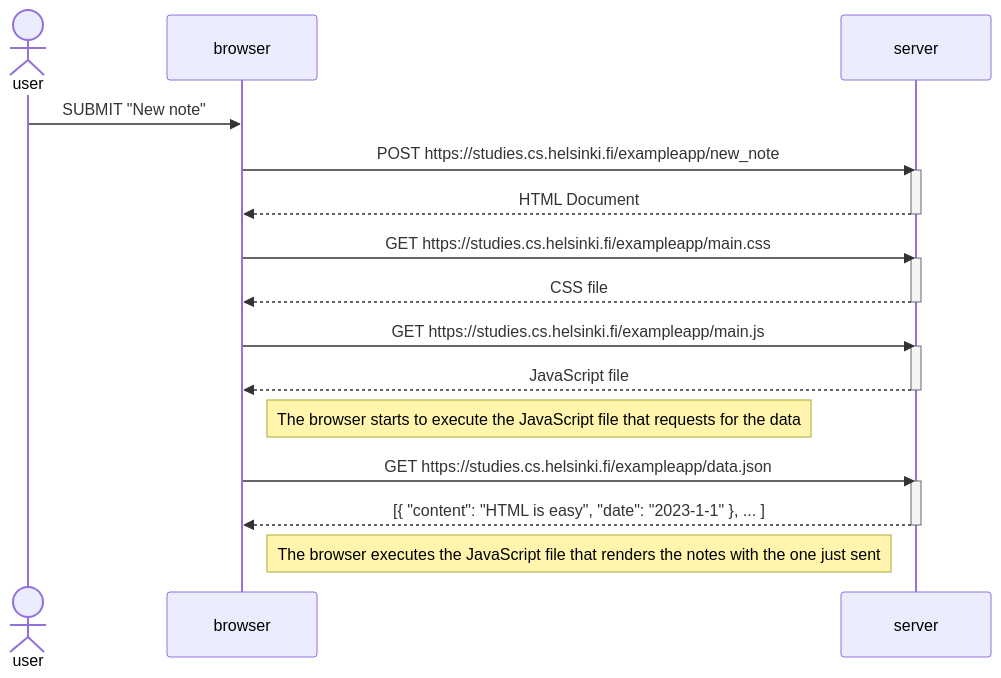
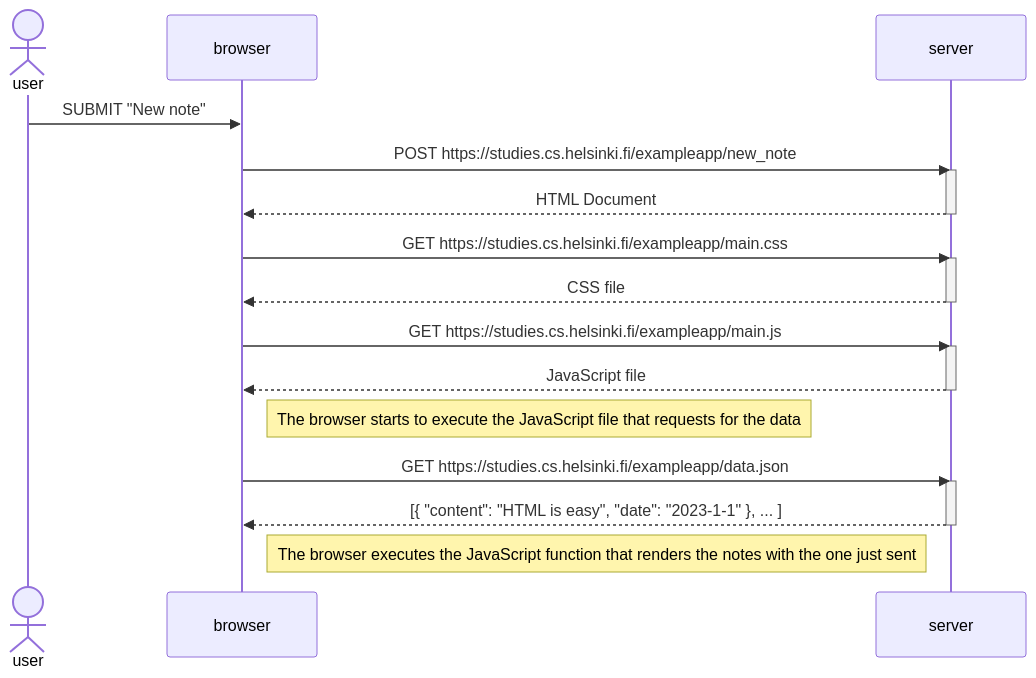
One commit to tomascarrizodev/fullstack-open changed the diagram in part0/0.4-New note diagram.md. Above: the diagram before and after it, drawn with Mermaid. The commit also changed 1 other file, not shown here.

Commit message:
Creating exercise 0.5

````diff
--- a/part0/0.4-New note diagram.md
+++ b/part0/0.4-New note diagram.md
@@ -2,31 +2,31 @@
 ```mermaid
         sequenceDiagram
                 actor user
                 participant browser
                 participant server
 
                 user->>browser: SUBMIT "New note"
                 browser->>server: POST https://studies.cs.helsinki.fi/exampleapp/new_note
                 activate server
                 server-->>browser: HTML Document
                 deactivate server
 
                 browser->>server: GET https://studies.cs.helsinki.fi/exampleapp/main.css
                 activate server
                 server-->>browser: CSS file
                 deactivate server
 
                 browser->>server: GET https://studies.cs.helsinki.fi/exampleapp/main.js
                 activate server
                 server-->>browser: JavaScript file
                 deactivate server
 
                 Note right of browser: The browser starts to execute the JavaScript file that requests for the data
 
                 browser->>server: GET https://studies.cs.helsinki.fi/exampleapp/data.json
                 activate server
                 server-->>browser: [{ "content": "HTML is easy", "date": "2023-1-1" }, ... ]
                 deactivate server
 
-                Note right of browser: The browser executes the JavaScript file that renders the notes with the one just sent
+                Note right of browser: The browser executes the JavaScript function that renders the notes with the one just sent
 ```
````
